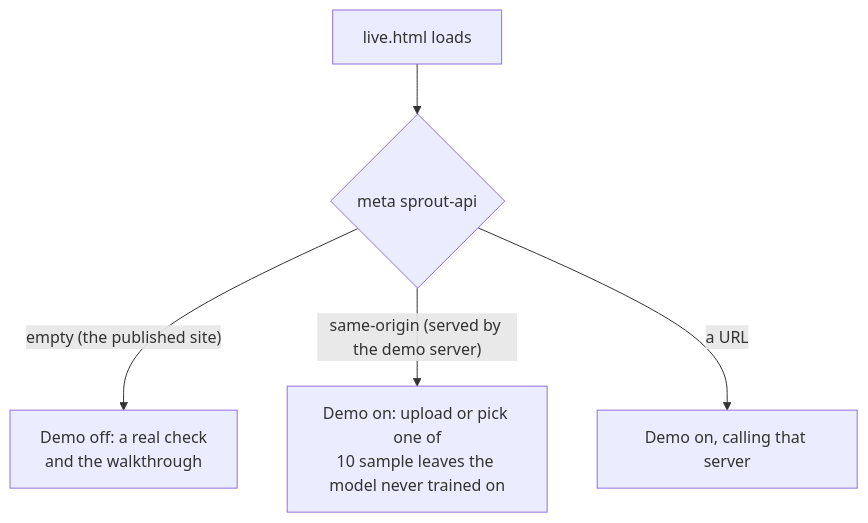
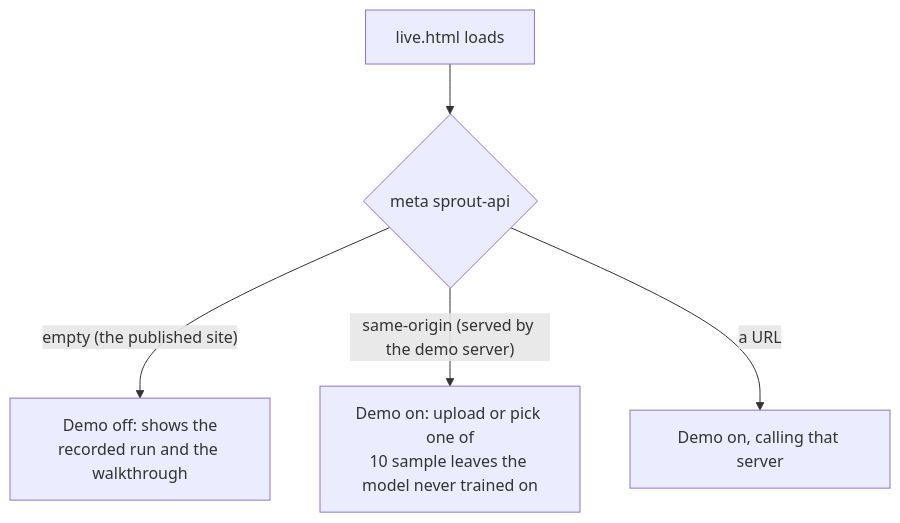
The second of 3 diagrams in docs/architecture/website.md (aakashksen/sprout), drawn with Mermaid before and after one commit. The commit also changed other lines of this file and 7 other files, not shown here.

Commit message:
Site: bring back the recorded demo GIF, a shorter hero line, and drop the unstyled results block on specs

````diff
--- a/docs/architecture/website.md
+++ b/docs/architecture/website.md
@@ -22,7 +22,7 @@
 ```mermaid
 flowchart TD
     LOAD["live.html loads"] --> META{"meta sprout-api"}
-    META -->|"empty (the published site)"| OFF["Demo off: a real check<br/>and the walkthrough"]
+    META -->|"empty (the published site)"| OFF["Demo off: shows the<br/>recorded run and the walkthrough"]
     META -->|"same-origin (served by the demo server)"| ON["Demo on: upload or pick one of<br/>10 sample leaves the model never trained on"]
     META -->|"a URL"| REMOTE["Demo on, calling that server"]
 ```
````
